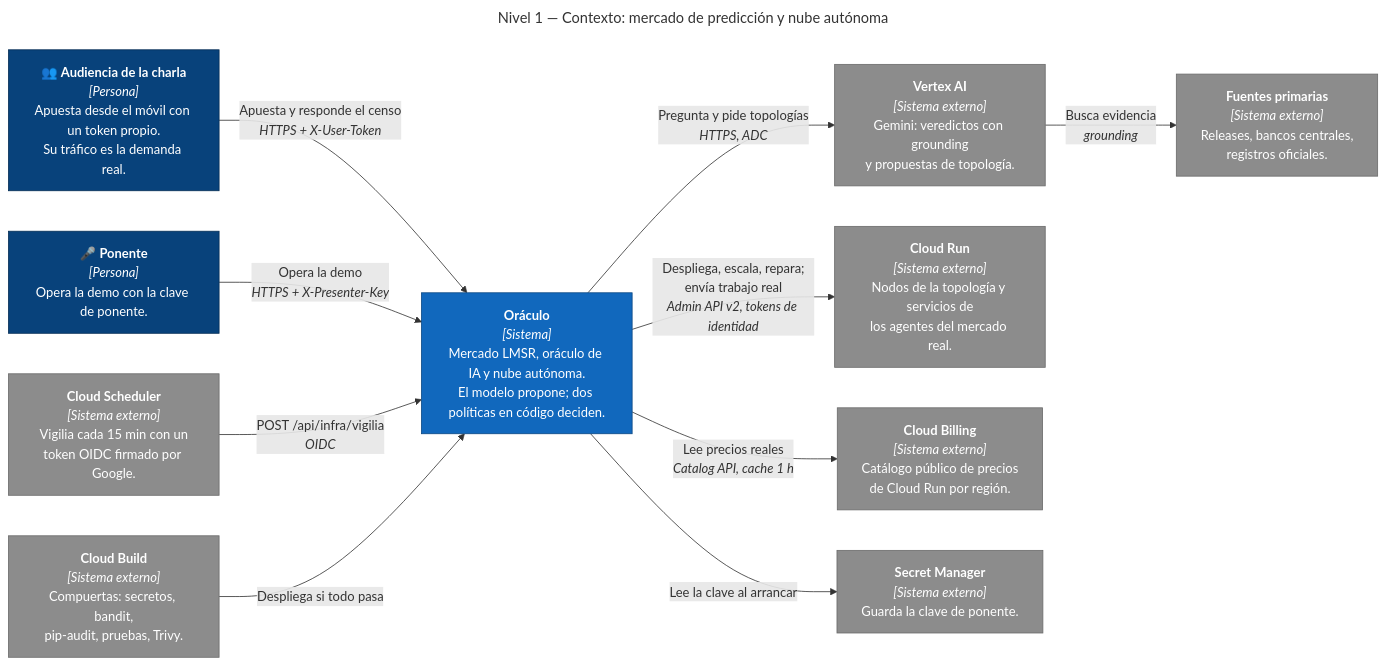
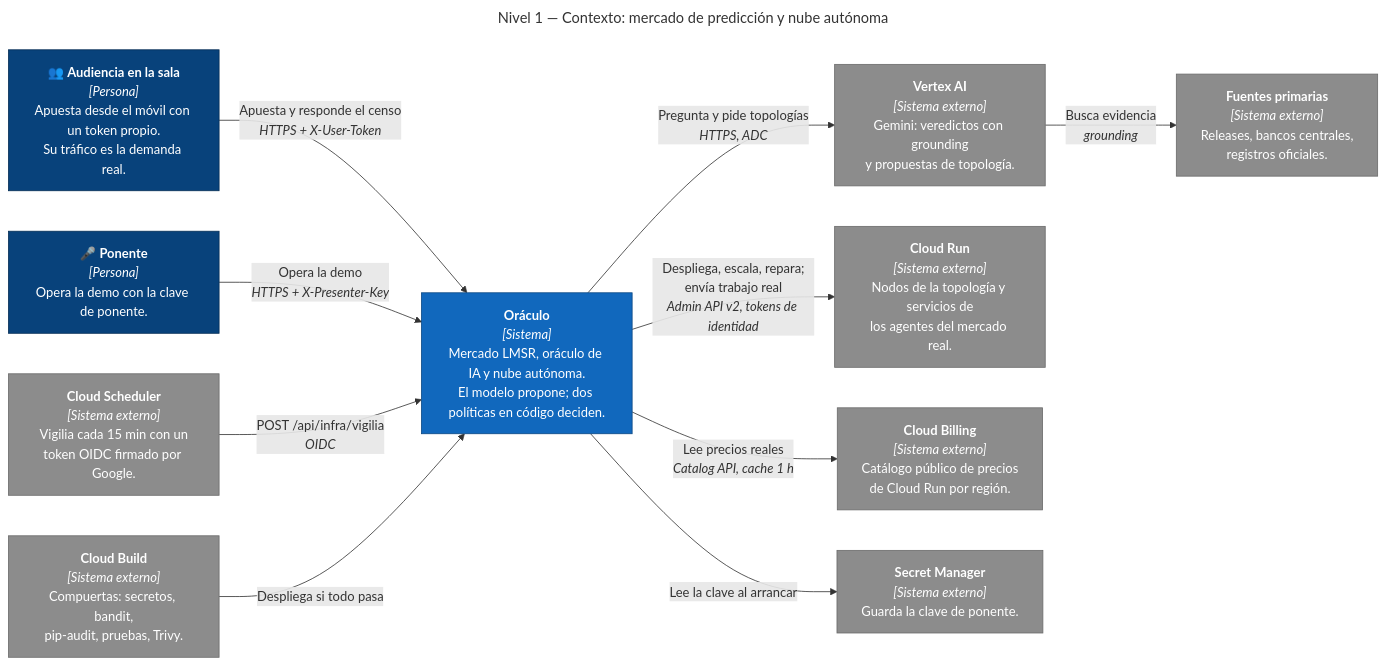
The diagram in docs/c4-nivel1-contexto.mmd (Ayege/Mercados-de-Prediccion-en-Vivo), drawn with Mermaid before and after one commit. The commit also changed 51 other files, not shown here.

```diff
--- a/docs/c4-nivel1-contexto.mmd
+++ b/docs/c4-nivel1-contexto.mmd
@@ -1,36 +1,36 @@
 ---
 title: "Nivel 1 — Contexto: mercado de predicción y nube autónoma"
 ---
 %% Diagrama de contexto C4 dibujado como flowchart: el layout C4 nativo de Mermaid
 %% amontona las etiquetas. Colores C4: persona (azul oscuro), sistema propio (azul),
 %% sistema externo (gris).
 flowchart LR
-  publico["👥 <b>Audiencia de la charla</b><br/><i>[Persona]</i><br/>Apuesta desde el móvil con un token propio.<br/>Su tráfico es la demanda real."]
+  publico["👥 <b>Audiencia en la sala</b><br/><i>[Persona]</i><br/>Apuesta desde el móvil con un token propio.<br/>Su tráfico es la demanda real."]
   ponente["🎤 <b>Ponente</b><br/><i>[Persona]</i><br/>Opera la demo con la clave de ponente."]
 
   oraculo["<b>Oráculo</b><br/><i>[Sistema]</i><br/>Mercado LMSR, oráculo de IA y nube autónoma.<br/>El modelo propone; dos políticas en código deciden."]
 
   vertex["<b>Vertex AI</b><br/><i>[Sistema externo]</i><br/>Gemini: veredictos con grounding<br/>y propuestas de topología."]
   fuentes["<b>Fuentes primarias</b><br/><i>[Sistema externo]</i><br/>Releases, bancos centrales,<br/>registros oficiales."]
   cloudrun["<b>Cloud Run</b><br/><i>[Sistema externo]</i><br/>Nodos de la topología y servicios de<br/>los agentes del mercado real."]
   billing["<b>Cloud Billing</b><br/><i>[Sistema externo]</i><br/>Catálogo público de precios<br/>de Cloud Run por región."]
   secretos["<b>Secret Manager</b><br/><i>[Sistema externo]</i><br/>Guarda la clave de ponente."]
   scheduler["<b>Cloud Scheduler</b><br/><i>[Sistema externo]</i><br/>Vigilia cada 15 min con un<br/>token OIDC firmado por Google."]
   build["<b>Cloud Build</b><br/><i>[Sistema externo]</i><br/>Compuertas: secretos, bandit,<br/>pip-audit, pruebas, Trivy."]
 
   publico -- "Apuesta y responde el censo<br/><i>HTTPS + X-User-Token</i>" --> oraculo
   ponente -- "Opera la demo<br/><i>HTTPS + X-Presenter-Key</i>" --> oraculo
   oraculo -- "Pregunta y pide topologías<br/><i>HTTPS, ADC</i>" --> vertex
   vertex -- "Busca evidencia<br/><i>grounding</i>" --> fuentes
   oraculo -- "Despliega, escala, repara;<br/>envía trabajo real<br/><i>Admin API v2, tokens de identidad</i>" --> cloudrun
   oraculo -- "Lee precios reales<br/><i>Catalog API, cache 1 h</i>" --> billing
   oraculo -- "Lee la clave al arrancar" --> secretos
   scheduler -- "POST /api/infra/vigilia<br/><i>OIDC</i>" --> oraculo
   build -- "Despliega si todo pasa" --> oraculo
 
   classDef persona fill:#08427b,stroke:#052e56,color:#fff
   classDef sistema fill:#1168bd,stroke:#0b4884,color:#fff
   classDef externo fill:#8c8c8c,stroke:#6b6b6b,color:#fff
   class publico,ponente persona
   class oraculo sistema
   class vertex,fuentes,cloudrun,billing,secretos,scheduler,build externo
```
